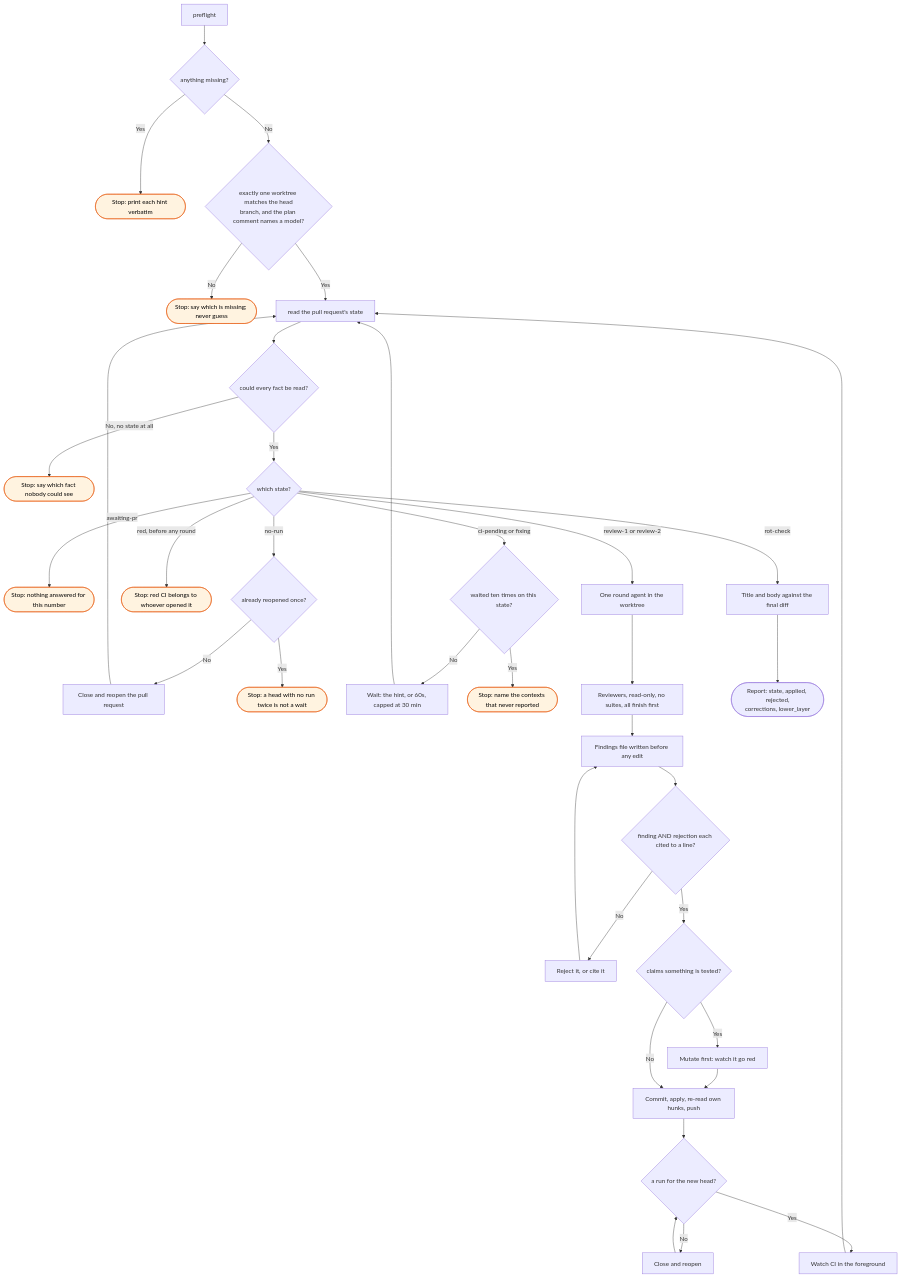
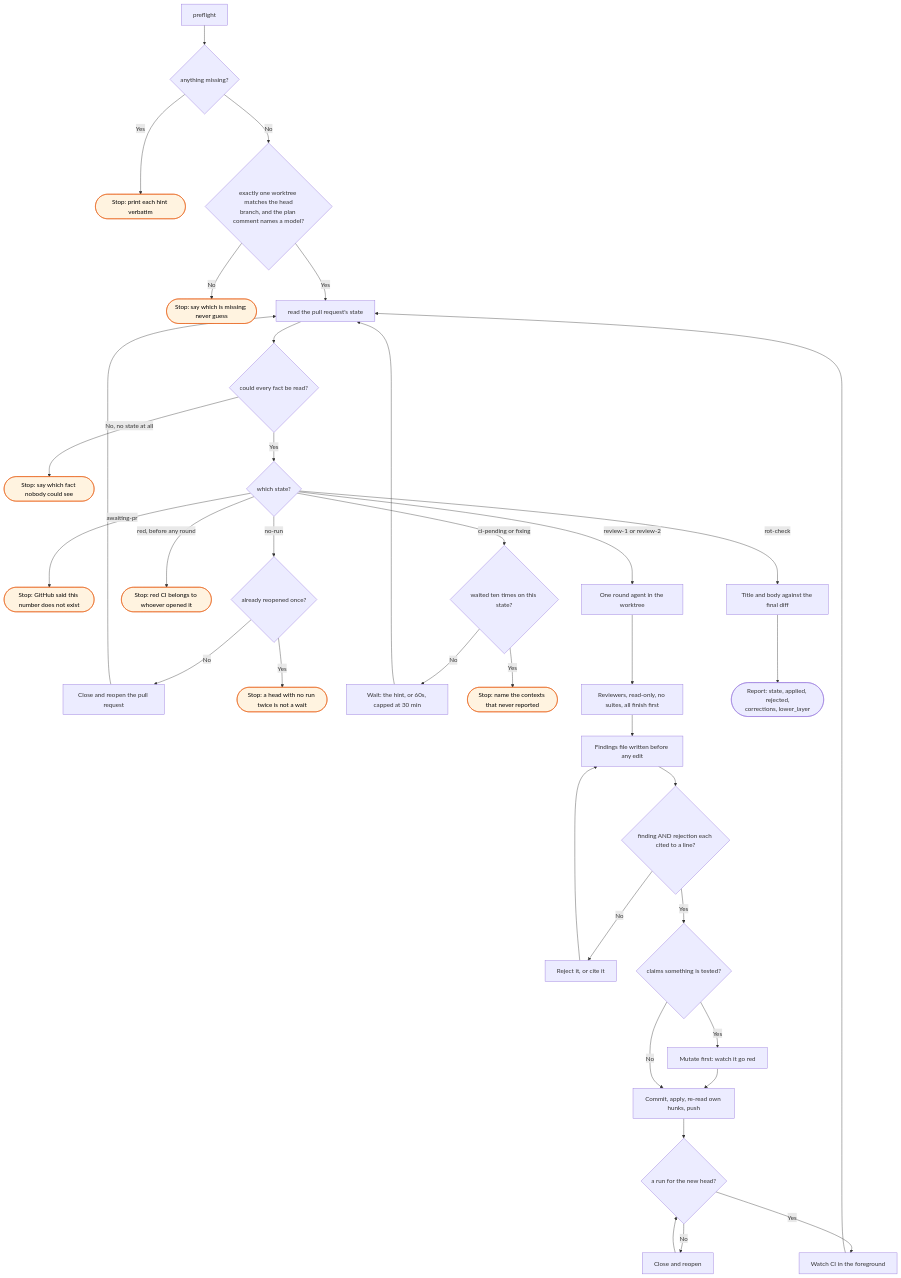
The diagram in docs/flows/workstreams/review/_skill-flow.md (bje-settings/claude), drawn with Mermaid before and after one commit. The commit also changed 23 other files, not shown here.

````diff
--- a/docs/flows/workstreams/review/_skill-flow.md
+++ b/docs/flows/workstreams/review/_skill-flow.md
@@ -14,38 +14,38 @@
 ```mermaid
 flowchart TD
     A[preflight] --> B{anything missing?}
     B -->|Yes| B1([Stop: print each hint verbatim]):::stop
     B -->|No| W{exactly one worktree matches the head<br/>branch, and the plan comment names a model?}
     W -->|No| W1([Stop: say which is missing; never guess]):::stop
     W -->|Yes| C[read the pull request's state]
 
     C --> D{could every fact be read?}
     D -->|No, no state at all| D1([Stop: say which fact nobody could see]):::stop
     D -->|Yes| E{which state?}
 
-    E -->|awaiting-pr| E1([Stop: nothing answered for this number]):::stop
+    E -->|awaiting-pr| E1([Stop: GitHub said this number does not exist]):::stop
     E -->|no-run| F{already reopened once?}
     F -->|No| F1[Close and reopen the pull request] --> C
     F -->|Yes| F2([Stop: a head with no run twice is not a wait]):::stop
     E -->|red, before any round| G([Stop: red CI belongs to whoever opened it]):::stop
     E -->|ci-pending or fixing| H{waited ten times on this state?}
     H -->|No| H1[Wait: the hint, or 60s, capped at 30 min] --> C
     H -->|Yes| H2([Stop: name the contexts that never reported]):::stop
 
     E -->|review-1 or review-2| I[One round agent in the worktree]
     I --> J[Reviewers, read-only, no suites, all finish first]
     J --> K[Findings file written before any edit]
     K --> L{finding AND rejection each cited to a line?}
     L -->|No| L1[Reject it, or cite it] --> K
     L -->|Yes| M{claims something is tested?}
     M -->|Yes| M1[Mutate first: watch it go red] --> N
     M -->|No| N[Commit, apply, re-read own hunks, push]
     N --> O{a run for the new head?}
     O -->|No| O1[Close and reopen] --> O
     O -->|Yes| P[Watch CI in the foreground] --> C
 
     E -->|rot-check| Q[Title and body against the final diff]
     Q --> S([Report: state, applied, rejected,<br/>corrections, lower_layer])
 
     classDef stop fill:#fff3e0,stroke:#e65100,color:#000
 ```
````
